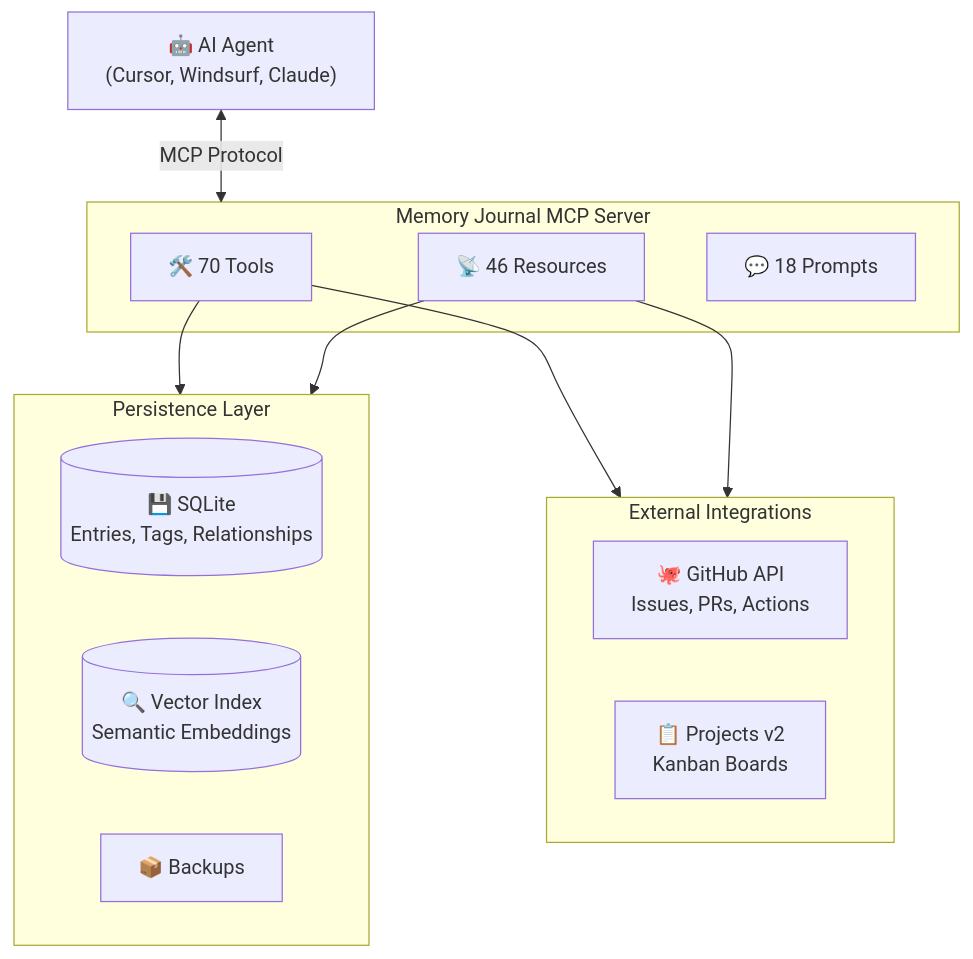
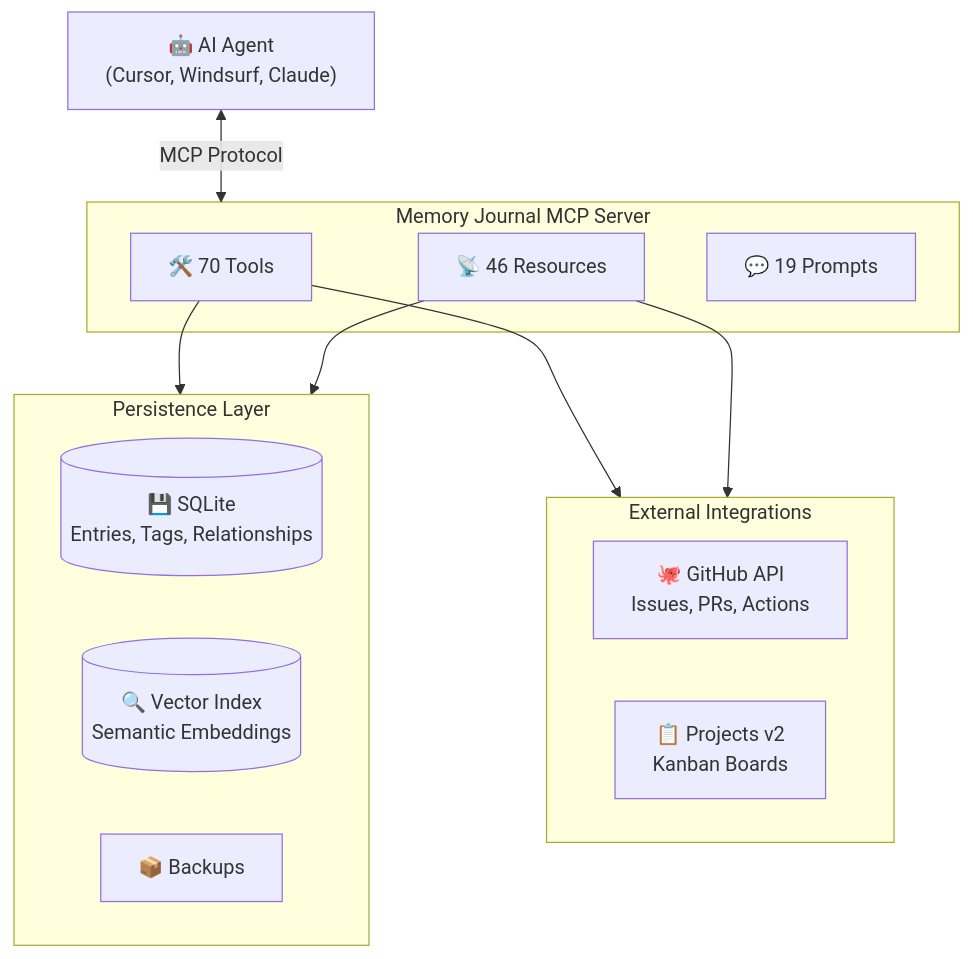
One commit to neverinfamous/memory-journal-mcp changed the second of 2 diagrams in README.md. Above: the diagram before and after it, drawn with Mermaid. The commit also changed other lines of this file and 10 other files, not shown here.

````diff
--- a/README.md
+++ b/README.md
@@ -673,27 +675,27 @@
 ```mermaid
 flowchart TB
     AI["🤖 AI Agent<br/>(Cursor, Windsurf, Claude)"]
 
     subgraph MCP["Memory Journal MCP Server"]
         Tools["🛠️ 70 Tools"]
         Resources["📡 46 Resources"]
-        Prompts["💬 18 Prompts"]
+        Prompts["💬 19 Prompts"]
     end
 
     subgraph Storage["Persistence Layer"]
         SQLite[("💾 SQLite<br/>Entries, Tags, Relationships")]
         Vector[("🔍 Vector Index<br/>Semantic Embeddings")]
         Backups["📦 Backups"]
     end
 
     subgraph External["External Integrations"]
         GitHub["🐙 GitHub API<br/>Issues, PRs, Actions"]
         Kanban["📋 Projects v2<br/>Kanban Boards"]
     end
 
     AI <-->|"MCP Protocol"| MCP
     Tools --> Storage
     Tools --> External
     Resources --> Storage
     Resources --> External
 ```
````
